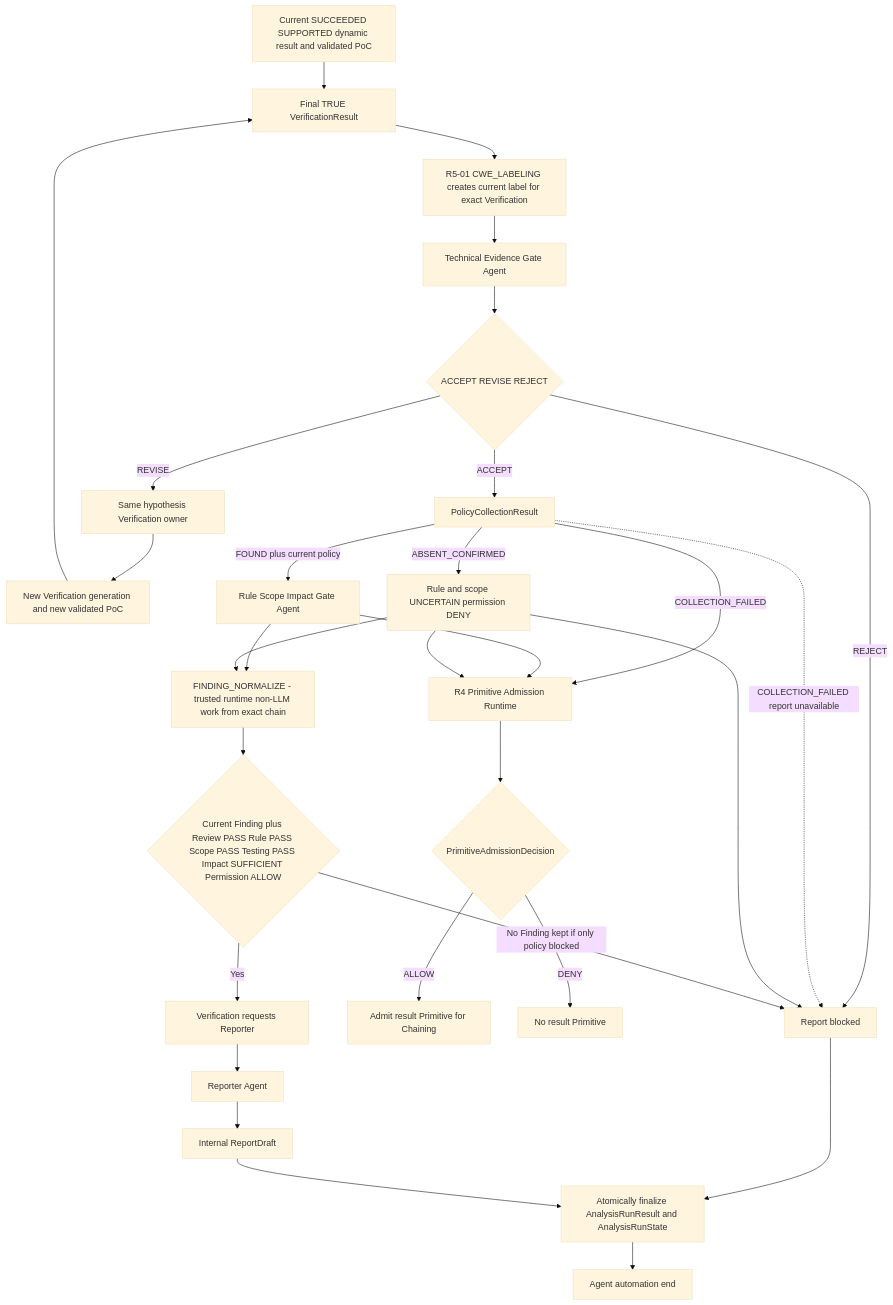
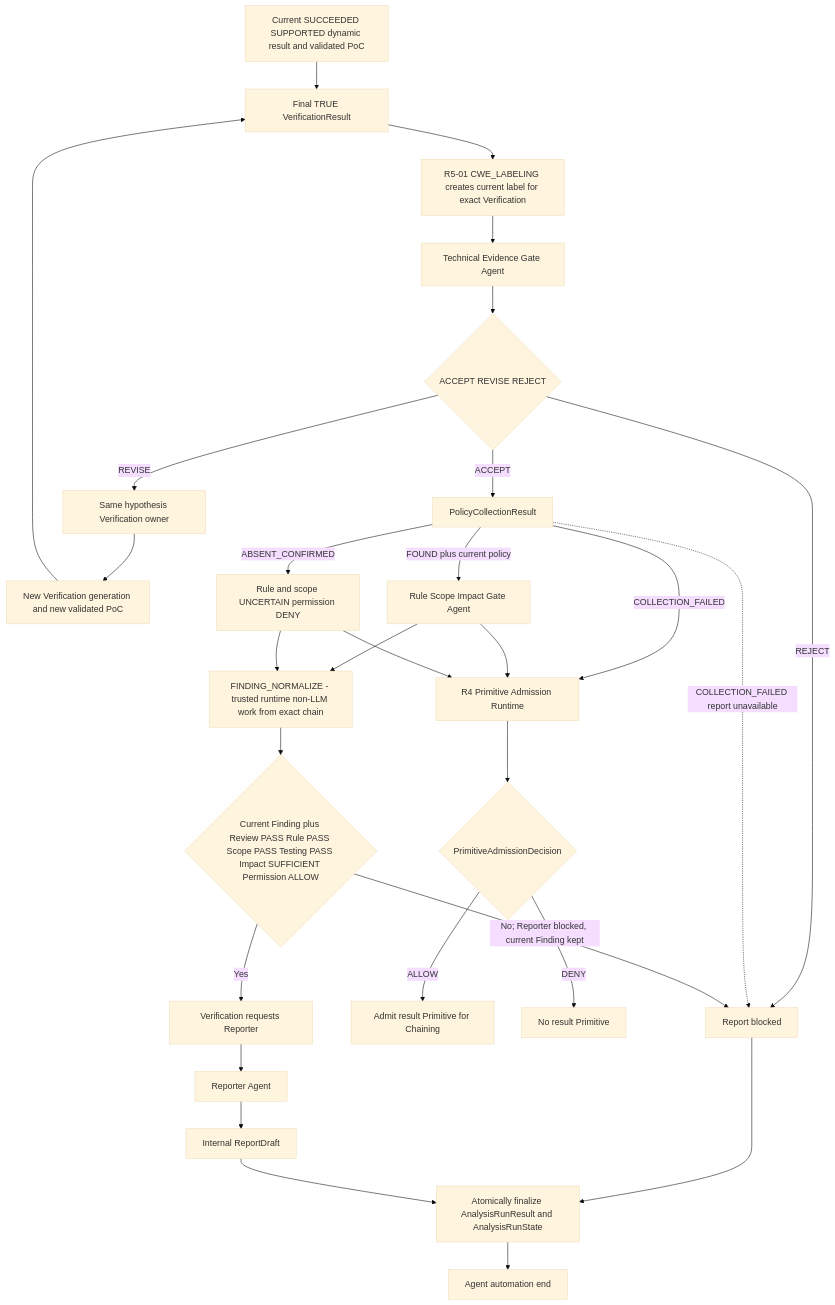
Before and after one commit to SASTsimi/sastsimi: the sixth of 13 diagrams in docs/architecture-v5/13-architecture-diagrams.md, drawn with Mermaid (base theme). The commit also changed 2 other files, not shown here.

Commit message:
docs: address R4 review for Finding normalization flow

````diff
--- a/docs/architecture-v5/13-architecture-diagrams.md
+++ b/docs/architecture-v5/13-architecture-diagrams.md
@@ -254,32 +254,31 @@
 ```mermaid
 flowchart TB
     DYN[Current SUCCEEDED SUPPORTED dynamic result and validated PoC] --> VR[Final TRUE VerificationResult]
     VR --> CWE[R5-01 CWE_LABELING creates current label for exact Verification]
     CWE --> TECH[Technical Evidence Gate Agent]
     TECH --> TS{ACCEPT REVISE REJECT}
     TS -->|REVISE| BACK[Same hypothesis Verification owner]
     BACK --> NEWGEN[New Verification generation and new validated PoC]
     NEWGEN --> VR
     TS -->|REJECT| BLOCK[Report blocked]
     TS -->|ACCEPT| COLLECT[PolicyCollectionResult]
     COLLECT -->|FOUND plus current policy| RULE[Rule Scope Impact Gate Agent]
     COLLECT -->|ABSENT_CONFIRMED| UNCERTAIN[Rule and scope UNCERTAIN permission DENY]
     COLLECT -->|COLLECTION_FAILED| ARUN[R4 Primitive Admission Runtime]
     RULE --> ARUN
     UNCERTAIN --> ARUN
     ARUN --> ADEC{PrimitiveAdmissionDecision}
     ADEC -->|ALLOW| PRIMITIVE[Admit result Primitive for Chaining]
     ADEC -->|DENY| NOPRIMITIVE[No result Primitive]
     COLLECT -. COLLECTION_FAILED report unavailable .-> BLOCK
-    UNCERTAIN --> BLOCK
     RULE --> NORMF[FINDING_NORMALIZE - trusted runtime non-LLM work from exact chain]
     UNCERTAIN --> NORMF
     NORMF --> READY{Current Finding plus Review PASS Rule PASS Scope PASS Testing PASS Impact SUFFICIENT Permission ALLOW}
-    READY -->|No Finding kept if only policy blocked| BLOCK
+    READY -->|No; Reporter blocked, current Finding kept| BLOCK
     READY -->|Yes| RREQ[Verification requests Reporter]
     RREQ --> REPORTER[Reporter Agent]
     REPORTER --> DRAFT[Internal ReportDraft]
     BLOCK --> FINAL[Atomically finalize AnalysisRunResult and AnalysisRunState]
     DRAFT --> FINAL
     FINAL --> END[Agent automation end]
 ```
````
